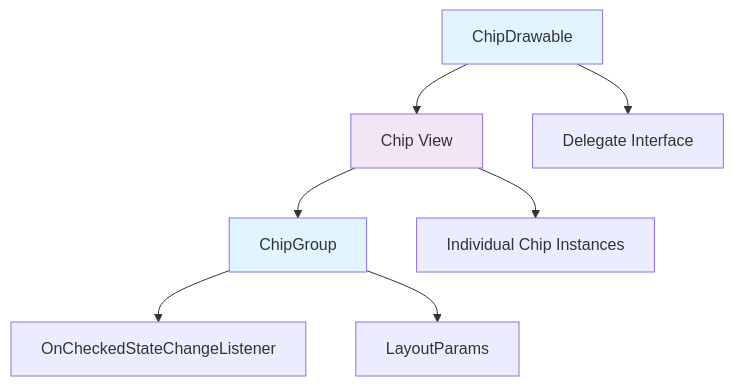
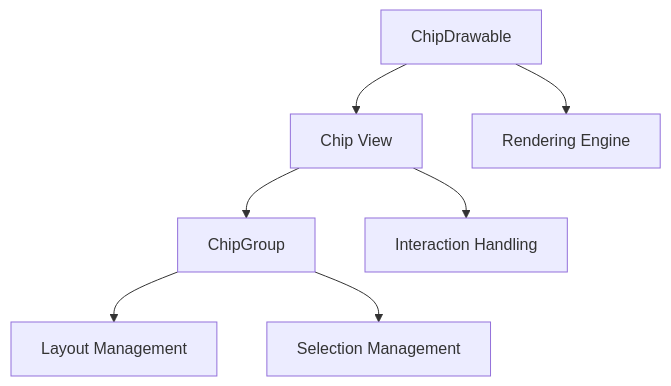
Before and after one commit to FSoft-AI4Code/codewiki-demo: the first of 2 diagrams in docs/material-components--material-components-android-docs/chip.md, drawn with Mermaid. The commit also changed other lines of this file and 1103 other files, not shown here.

````diff
--- a/docs/material-components--material-components-android-docs/chip.md
+++ b/docs/material-components--material-components-android-docs/chip.md
@@ -11,13 +11,9 @@
 ```mermaid
 graph TD
     A[ChipDrawable] --> B[Chip View]
     B --> C[ChipGroup]
-    A --> D[Delegate Interface]
-    C --> E[OnCheckedStateChangeListener]
-    C --> F[LayoutParams]
-    B --> G[Individual Chip Instances]
-    
-    style A fill:#e1f5fe
-    style C fill:#e1f5fe
-    style B fill:#f3e5f5
+    C --> D[Layout Management]
+    C --> E[Selection Management]
+    B --> F[Interaction Handling]
+    A --> G[Rendering Engine]
 ```
````
